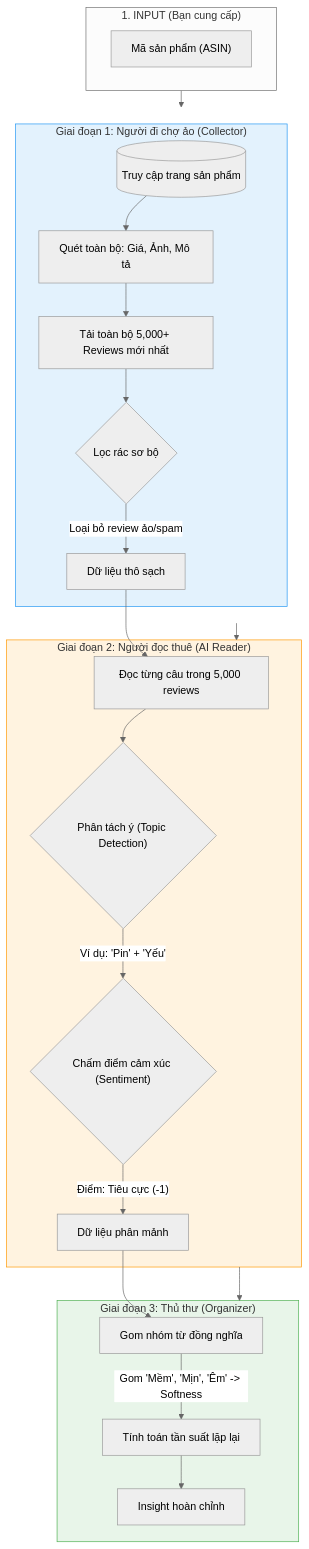
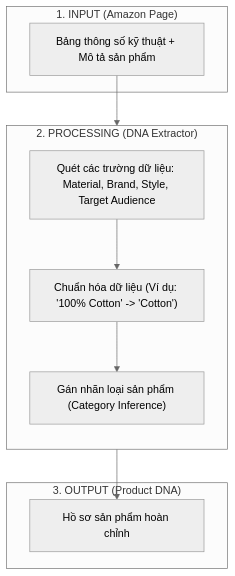
The first of 3 diagrams in docs/architecture_analysis_v2/08_User_Functional_Deep_Dive.md (Daniel-LeTC/AI_market_intel_platform), drawn with Mermaid (neutral theme) before and after one commit. The commit also changed other lines of this file and 1 other file, not shown here.

Commit message:
docs: decouple Social Scout and refine metadata/review logic

````diff
--- a/docs/architecture_analysis_v2/08_User_Functional_Deep_Dive.md
+++ b/docs/architecture_analysis_v2/08_User_Functional_Deep_Dive.md
@@ -11,40 +11,19 @@
 ```mermaid
 graph TD
-    subgraph INPUT ["1. INPUT (Bạn cung cấp)"]
-        ASIN["Mã sản phẩm (ASIN)"]
+    subgraph INPUT ["1. INPUT (Amazon Page)"]
+        Source["Bảng thông số kỹ thuật + Mô tả sản phẩm"]
     end
 
-    subgraph WORKER_1 ["Giai đoạn 1: Người đi chợ ảo (Collector)"]
-        style WORKER_1 fill:#e3f2fd,stroke:#2196f3
-        Step1A[("Truy cập trang sản phẩm")]
-        Step1B["Quét toàn bộ: Giá, Ảnh, Mô tả"]
-        Step1C["Tải toàn bộ 5,000+ Reviews mới nhất"]
-        Step1D{"Lọc rác sơ bộ"}
-        
-        Step1A --> Step1B --> Step1C --> Step1D
-        Step1D -- "Loại bỏ review ảo/spam" --> CleanRaw[Dữ liệu thô sạch]
+    subgraph PROCESSING ["2. PROCESSING (DNA Extractor)"]
+        direction TB
+        Step1["Quét các trường dữ liệu: Material, Brand, Style, Target Audience"]
+        Step2["Chuẩn hóa dữ liệu (Ví dụ: '100% Cotton' -> 'Cotton')"]
+        Step3["Gán nhãn loại sản phẩm (Category Inference)"]
     end
 
-    subgraph WORKER_2 ["Giai đoạn 2: Người đọc thuê (AI Reader)"]
-        style WORKER_2 fill:#fff3e0,stroke:#ff9800
-        Step2A["Đọc từng câu trong 5,000 reviews"]
-        Step2B{"Phân tách ý (Topic Detection)"}
-        Step2C{"Chấm điểm cảm xúc (Sentiment)"}
-        
-        CleanRaw --> Step2A --> Step2B
-        Step2B -- "Ví dụ: 'Pin' + 'Yếu'" --> Step2C
-        Step2C -- "Điểm: Tiêu cực (-1)" --> TagDB[Dữ liệu phân mảnh]
+    subgraph OUTPUT ["3. OUTPUT (Product DNA)"]
+        DNA["Hồ sơ sản phẩm hoàn chỉnh"]
     end
 
-    subgraph WORKER_3 ["Giai đoạn 3: Thủ thư (Organizer)"]
-        style WORKER_3 fill:#e8f5e9,stroke:#4caf50
-        Step3A["Gom nhóm từ đồng nghĩa"]
-        Step3B["Tính toán tần suất lặp lại"]
-        
-        TagDB --> Step3A
-        Step3A -- "Gom 'Mềm', 'Mịn', 'Êm' -> Softness" --> Step3B
-        Step3B --> FinalData[Insight hoàn chỉnh]
-    end
-
-    INPUT --> WORKER_1 --> WORKER_2 --> WORKER_3
+    Source --> Step1 --> Step2 --> Step3 --> DNA
 ```
````
